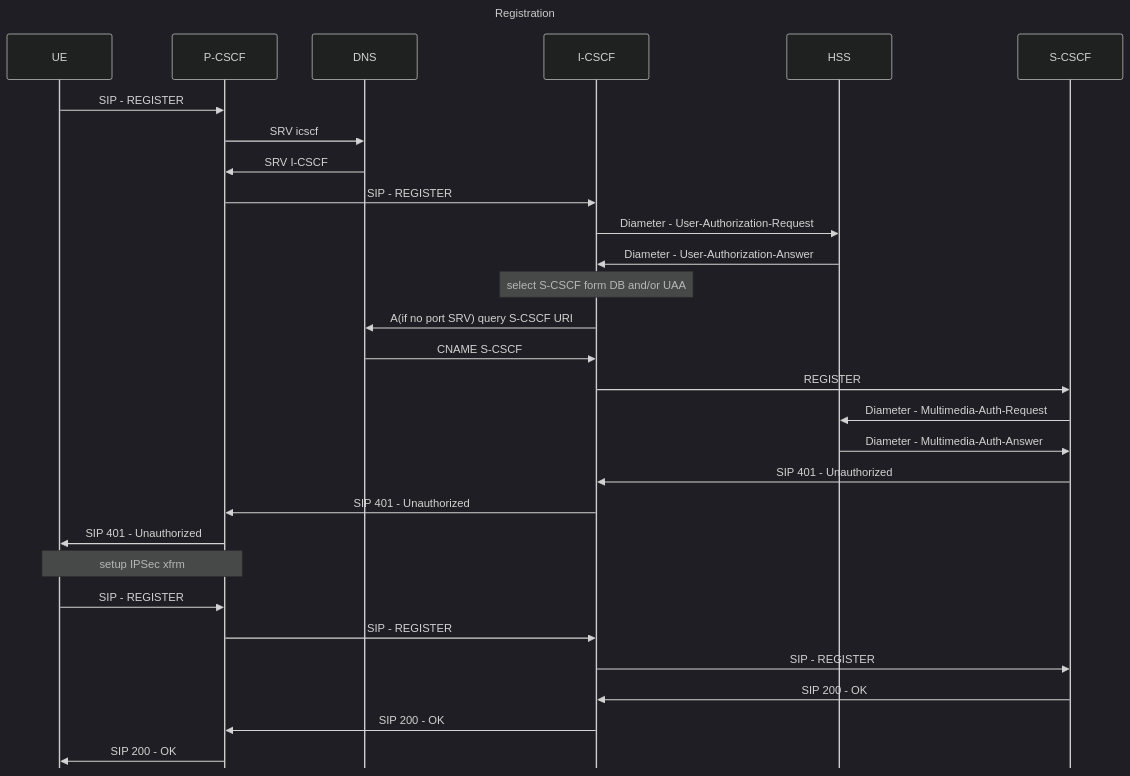
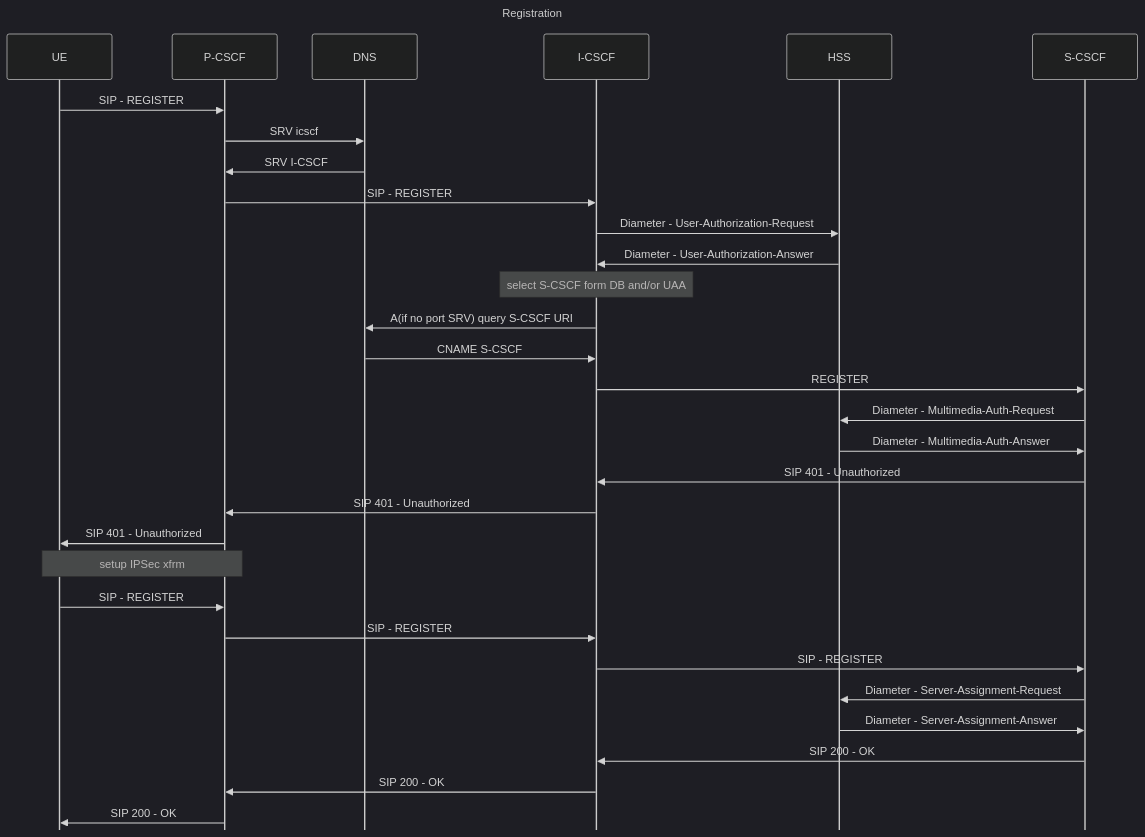
One commit to lyatanski/ims changed the diagram in doc/registration.md. Above: the diagram before and after it, drawn with Mermaid (dark theme).

Commit message:
add missing diameter in registration doc

````diff
--- a/doc/registration.md
+++ b/doc/registration.md
@@ -1,31 +1,33 @@
 ```mermaid
 ---
 title: Registration
 config:
   mirrorActors: false
 ---
 sequenceDiagram
     UE->>P-CSCF: SIP - REGISTER
     P-CSCF->>DNS: SRV icscf
     DNS->>P-CSCF: SRV I-CSCF
     P-CSCF->>I-CSCF: SIP - REGISTER
     I-CSCF->>HSS: Diameter - User-Authorization-Request
     HSS->>I-CSCF: Diameter - User-Authorization-Answer
     Note over I-CSCF: select S-CSCF form DB and/or UAA
     I-CSCF->>DNS: A(if no port SRV) query S-CSCF URI
     DNS->>I-CSCF: CNAME S-CSCF
     I-CSCF->>S-CSCF: REGISTER
     S-CSCF->>HSS: Diameter - Multimedia-Auth-Request
     HSS->>S-CSCF: Diameter - Multimedia-Auth-Answer
     S-CSCF->>I-CSCF: SIP 401 - Unauthorized
     I-CSCF->>P-CSCF: SIP 401 - Unauthorized
     P-CSCF->>UE: SIP 401 - Unauthorized
     Note over UE,P-CSCF: setup IPSec xfrm
     UE->>P-CSCF: SIP - REGISTER
     P-CSCF->>I-CSCF: SIP - REGISTER
     I-CSCF->>S-CSCF: SIP - REGISTER
+    S-CSCF->>HSS: Diameter - Server-Assignment-Request
+    HSS->>S-CSCF: Diameter - Server-Assignment-Answer
     S-CSCF->>I-CSCF: SIP 200 - OK
     I-CSCF->>P-CSCF: SIP 200 - OK
     P-CSCF->>UE: SIP 200 - OK
 
 ```
````
